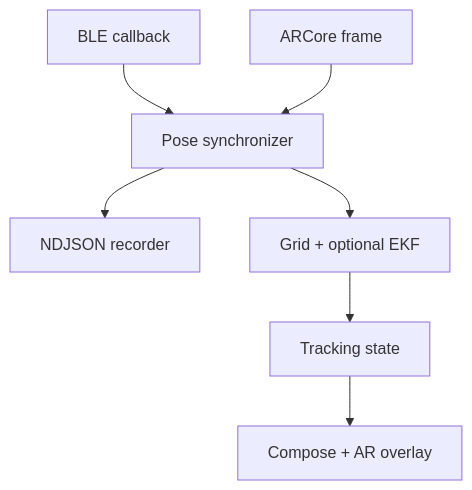
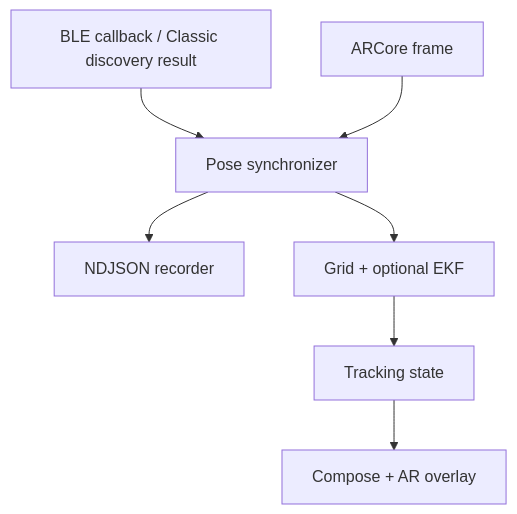
One commit to jakob1379/find-with-ar changed the diagram in docs/architecture.md. Above: the diagram before and after it, drawn with Mermaid. The commit also changed other lines of this file and 5 other files, not shown here.

````diff
--- a/docs/architecture.md
+++ b/docs/architecture.md
@@ -5,9 +5,9 @@
 ```mermaid
 flowchart TD
-    BLE["BLE callback"] --> SYNC["Pose synchronizer"]
+    BT["BLE callback / Classic discovery result"] --> SYNC["Pose synchronizer"]
     AR["ARCore frame"] --> SYNC
     SYNC --> REC["NDJSON recorder"]
     SYNC --> EST["Grid + optional EKF"]
     EST --> STATE["Tracking state"]
     STATE --> UI["Compose + AR overlay"]
 ```
````
